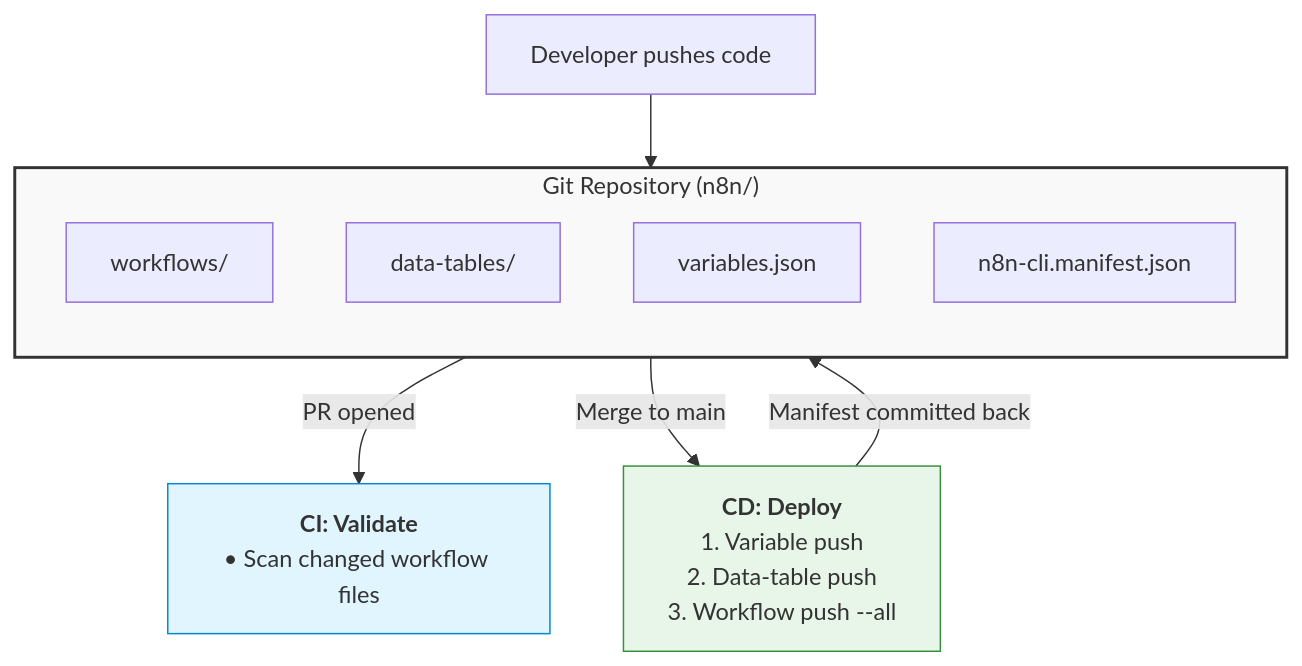
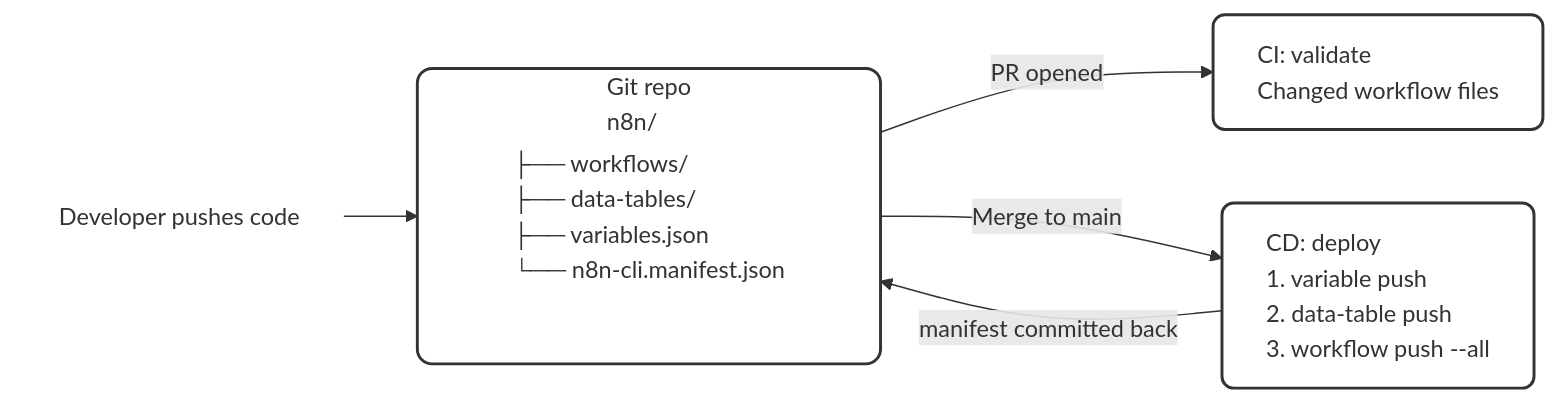
One commit to rverheijen/n8n-cli changed the diagram in docs/github-actions.md. Above: the diagram before and after it, drawn with Mermaid.

Commit message:
docs: update Mermaid diagram to LR layout with minimal styling

````diff
--- a/docs/github-actions.md
+++ b/docs/github-actions.md
@@ -9,26 +9,27 @@
 ```mermaid
-graph TD
-    %% Nodes
+graph LR
+    %% Left Trigger
     Dev[Developer pushes code] --> Git
 
-    subgraph Git ["Git Repository (n8n/)"]
+    %% Main Repository Box
+    subgraph Git ["Git repo<br>n8n/"]
         direction TB
-        W[workflows/]
-        DT[data-tables/]
-        V[variables.json]
-        M[n8n-cli.manifest.json]
+        Tree["├── workflows/<br>├── data-tables/<br>├── variables.json<br>└── n8n-cli.manifest.json"]
     end
 
-    CI[<b>CI: Validate</b><br>• Scan changed workflow files]
-    CD[<b>CD: Deploy</b><br>1. Variable push<br>2. Data-table push<br>3. Workflow push --all]
+    %% Process Boxes
+    CI["CI: validate<br>Changed workflow files"]
+    CD["CD: deploy<br>1. variable push<br>2. data-table push<br>3. workflow push --all"]
 
-    %% Actions
-    Git -- "PR opened" --> CI
-    Git -- "Merge to main" --> CD
-    CD -- "Manifest committed back" --> Git
+    %% Connections
+    Git -->|PR opened| CI
+    Git -->|Merge to main| CD
+    CD -->|manifest committed back| Git
 
-    %% Styling
-    style Git fill:#f9f9f9,stroke:#333,stroke-width:2px
-    style CI fill:#e1f5fe,stroke:#0288d1,stroke-width:1px
-    style CD fill:#e8f5e9,stroke:#388e3c,stroke-width:1px
+    %% Styling for clean, minimal look
+    style Dev fill:none,stroke:none
+    style Tree text-align:left,fill:none,stroke:none
+    style Git fill:#fff,stroke:#333,stroke-width:2px,rx:10px,ry:10px
+    style CI fill:#fff,stroke:#333,stroke-width:2px,rx:8px,ry:8px,text-align:left
+    style CD fill:#fff,stroke:#333,stroke-width:2px,rx:8px,ry:8px,text-align:left
 ```
````
